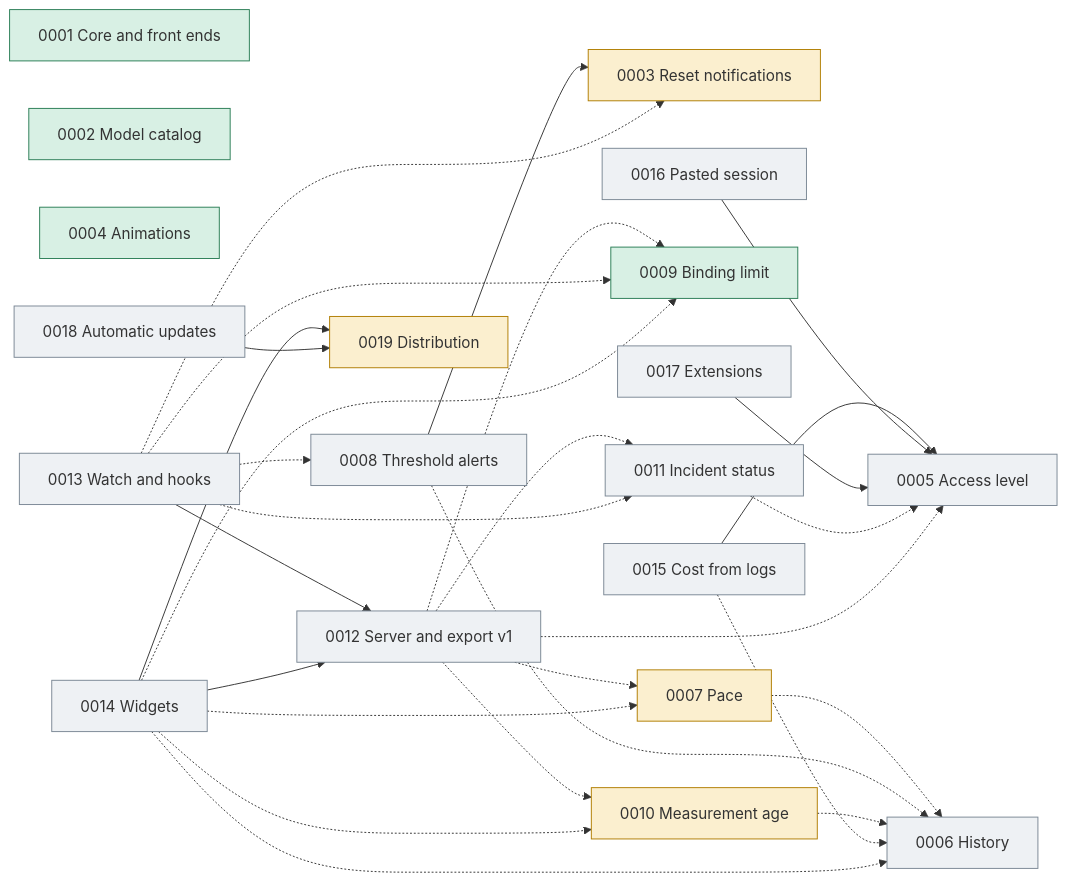
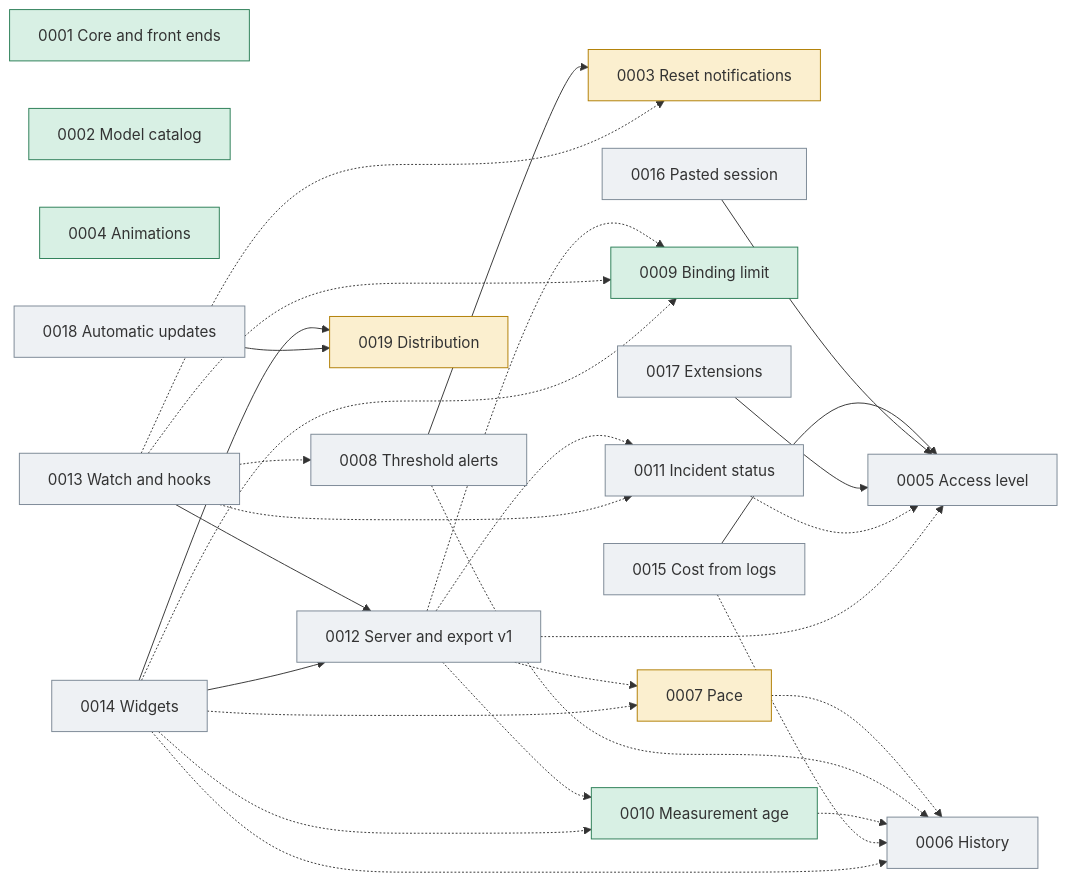
The diagram in docs/plans/0000_control.md (jmarcon/cuotai), drawn with Mermaid before and after one commit. The commit also changed other lines of this file and 15 other files, not shown here.

````diff
--- a/docs/plans/0000_control.md
+++ b/docs/plans/0000_control.md
@@ -81,54 +82,54 @@
 ```mermaid
 graph LR
   classDef done fill:#d8f0e4,stroke:#2a7d55
   classDef wip fill:#fbefcf,stroke:#b07d00
   classDef todo fill:#eef1f4,stroke:#7a8794
 
   P1["0001 Core and front ends"]:::done
   P2["0002 Model catalog"]:::done
   P3["0003 Reset notifications"]:::wip
   P4["0004 Animations"]:::done
   P5["0005 Access level"]:::todo
   P6["0006 History"]:::todo
   P7["0007 Pace"]:::wip
   P8["0008 Threshold alerts"]:::todo
   P9["0009 Binding limit"]:::done
-  P10["0010 Measurement age"]:::wip
+  P10["0010 Measurement age"]:::done
   P11["0011 Incident status"]:::todo
   P12["0012 Server and export v1"]:::todo
   P13["0013 Watch and hooks"]:::todo
   P14["0014 Widgets"]:::todo
   P15["0015 Cost from logs"]:::todo
   P16["0016 Pasted session"]:::todo
   P17["0017 Extensions"]:::todo
   P18["0018 Automatic updates"]:::todo
   P19["0019 Distribution"]:::wip
 
   P8 --> P3
   P13 --> P12
   P14 --> P12
   P14 --> P19
   P15 --> P5
   P16 --> P5
   P17 --> P5
   P18 --> P19
 
   P7 -.-> P6
   P8 -.-> P6
   P10 -.-> P6
   P11 -.-> P5
   P15 -.-> P6
   P12 -.-> P5
   P12 -.-> P7
   P12 -.-> P9
   P12 -.-> P10
   P12 -.-> P11
   P13 -.-> P3
   P13 -.-> P8
   P13 -.-> P9
   P13 -.-> P11
   P14 -.-> P6
   P14 -.-> P7
   P14 -.-> P9
   P14 -.-> P10
 ```
````
